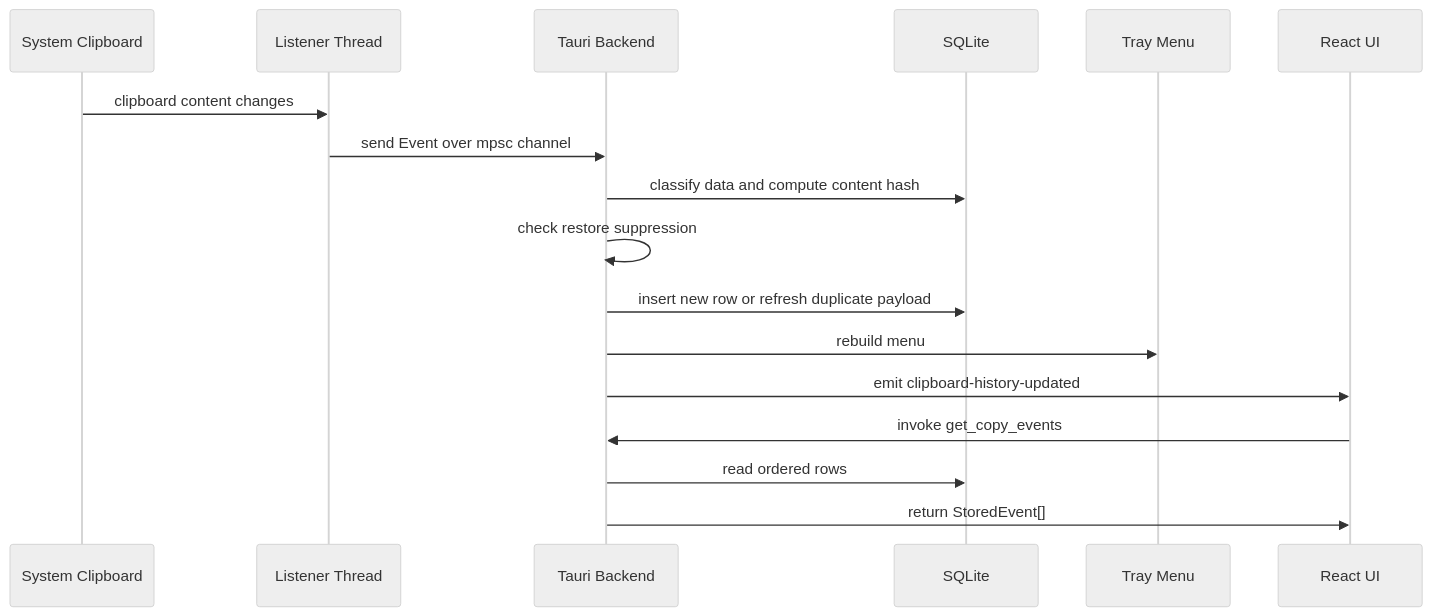
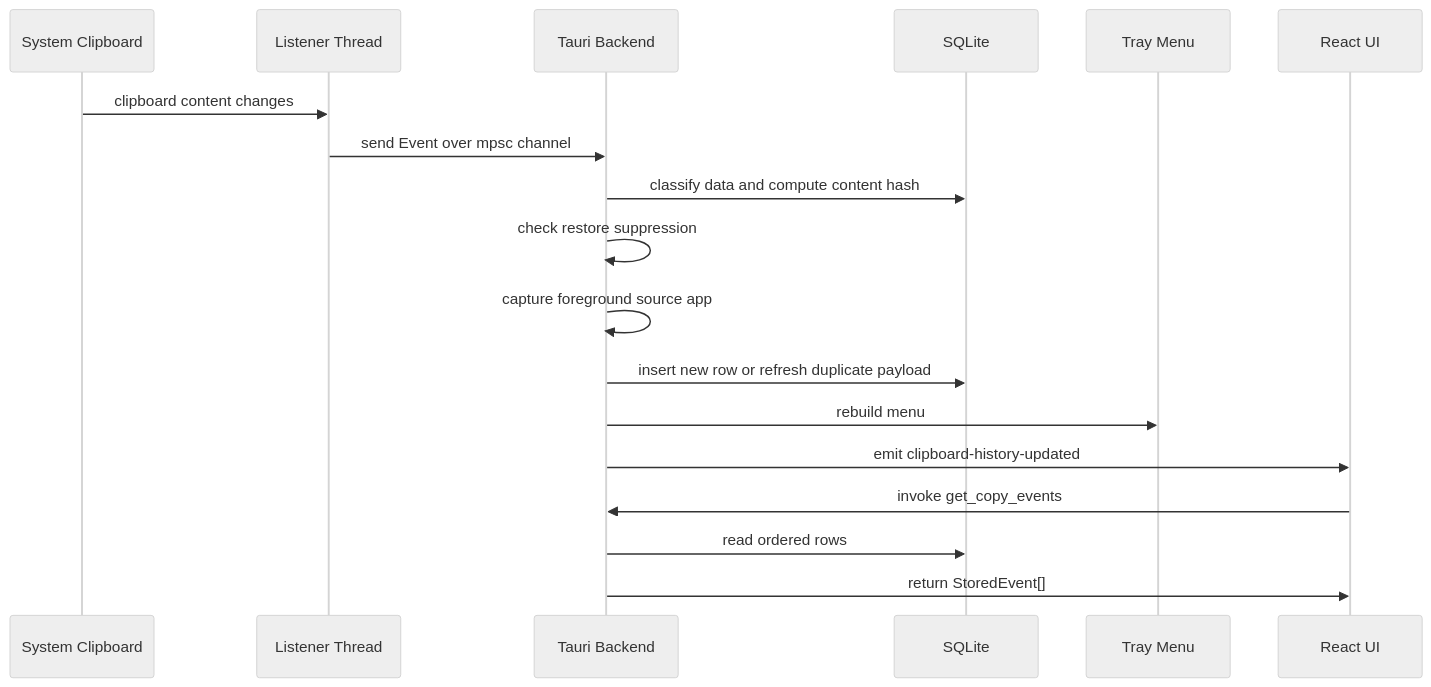
Before and after one commit to vdpw/copy_stack: the first of 2 diagrams in docs/clipboard-flows.md, drawn with Mermaid (neutral theme). The commit also changed other lines of this file and 8 other files, not shown here.

Commit message:
Capture source app metadata for clipboard history

````diff
--- a/docs/clipboard-flows.md
+++ b/docs/clipboard-flows.md
@@ -15,20 +15,21 @@
 ```mermaid
 sequenceDiagram
   participant Clipboard as System Clipboard
   participant Listener as Listener Thread
   participant Backend as Tauri Backend
   participant DB as SQLite
   participant Tray as Tray Menu
   participant UI as React UI
 
   Clipboard->>Listener: clipboard content changes
   Listener->>Backend: send Event over mpsc channel
   Backend->>DB: classify data and compute content hash
   Backend->>Backend: check restore suppression
+  Backend->>Backend: capture foreground source app
   Backend->>DB: insert new row or refresh duplicate payload
   Backend->>Tray: rebuild menu
   Backend->>UI: emit clipboard-history-updated
   UI->>Backend: invoke get_copy_events
   Backend->>DB: read ordered rows
   Backend->>UI: return StoredEvent[]
 ```
````
